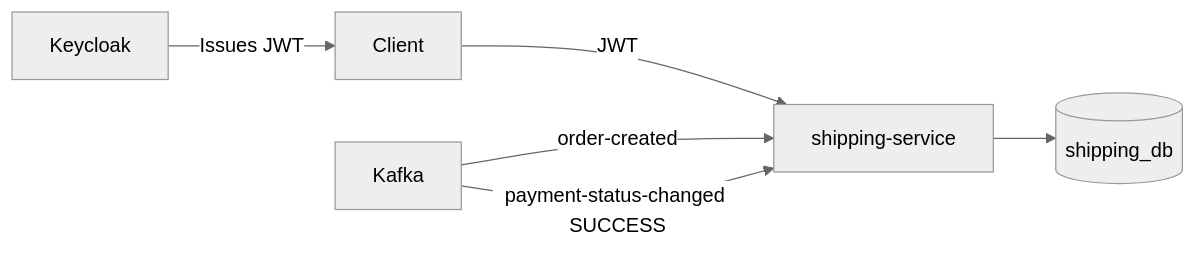
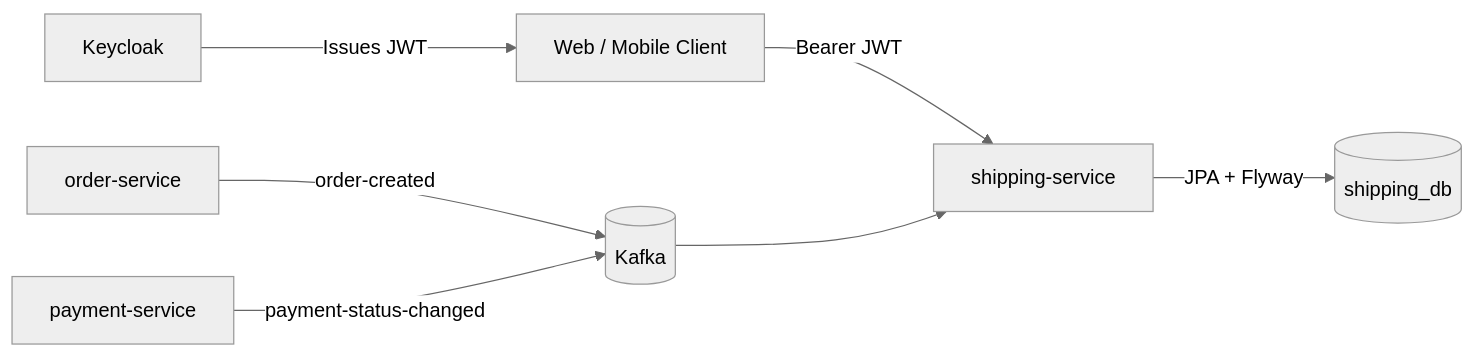
Before and after one commit to tadiwanashe-mashongwa/shipping-service: the first of 3 diagrams in README.md, drawn with Mermaid (neutral theme). The commit also changed other lines of this file and 1 other file, not shown here.

Commit message:
docs: align shipping repository documentation

````diff
--- a/README.md
+++ b/README.md
@@ -9,8 +22,9 @@
 ```mermaid
 flowchart LR
- Client -->|JWT| Shipping[shipping-service]
- Keycloak -->|Issues JWT| Client
- Kafka -->|order-created| Shipping
- Kafka -->|payment-status-changed SUCCESS| Shipping
- Shipping --> Postgres[(shipping_db)]
+    Client[Web / Mobile Client] -->|Bearer JWT| Shipping[shipping-service]
+    Keycloak[Keycloak] -->|Issues JWT| Client
+    Order[order-service] -->|order-created| Kafka[(Kafka)]
+    Payment[payment-service] -->|payment-status-changed| Kafka
+    Kafka --> Shipping
+    Shipping -->|JPA + Flyway| Postgres[(shipping_db)]
 ```
````
